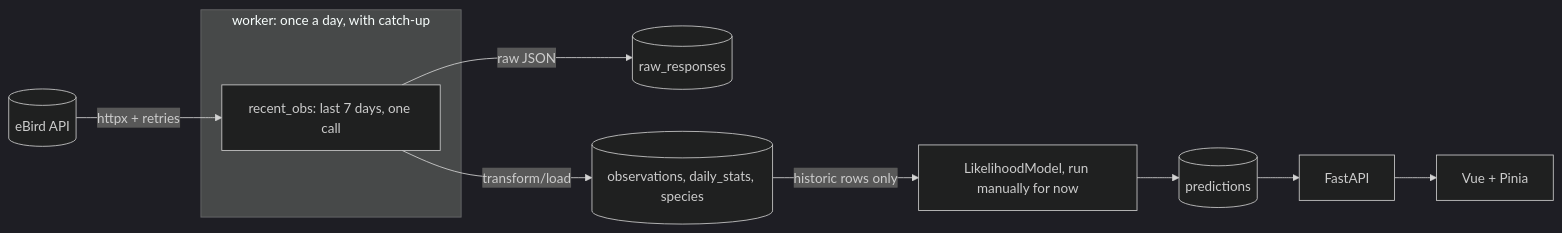
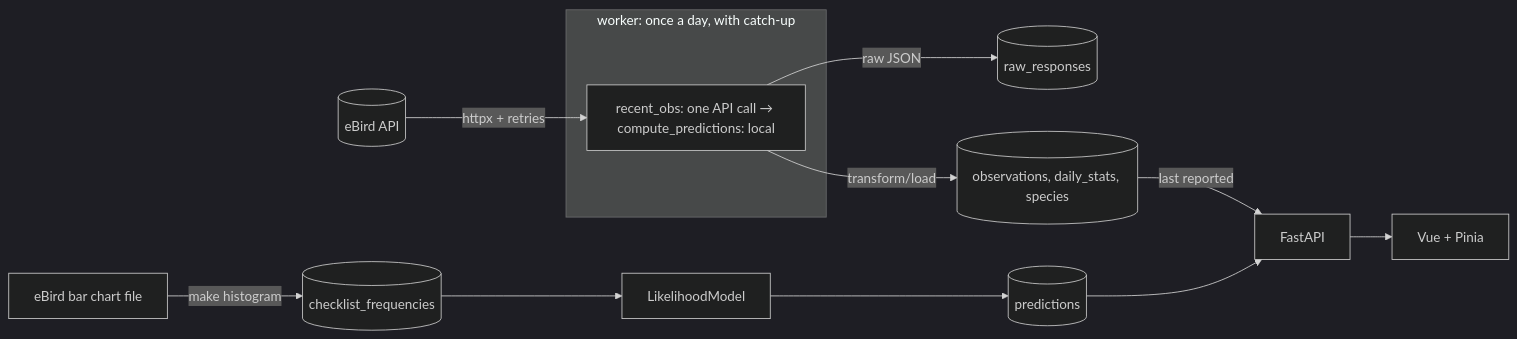
The diagram in README.md (Eleanor-Shellstrop/field-odds), drawn with Mermaid (dark theme) before and after one commit. The commit also changed other lines of this file and 42 other files, not shown here.

First line of the commit message:
Use per-checklist frequencies and redact private locations

````diff
--- a/README.md
+++ b/README.md
@@ -17,13 +17,15 @@
 ```mermaid
 flowchart LR
     eBird[(eBird API)] -->|httpx + retries| Jobs
     subgraph worker [worker: once a day, with catch-up]
-        Jobs[recent_obs: last 7 days, one call]
+        Jobs[recent_obs: one API call → compute_predictions: local]
     end
     Jobs -->|raw JSON| Raw[(raw_responses)]
     Jobs -->|transform/load| Obs[(observations, daily_stats, species)]
-    Obs -->|historic rows only| Model[LikelihoodModel, run manually for now]
+    Hist[eBird bar chart file] -->|make histogram| Freq[(checklist_frequencies)]
+    Freq --> Model[LikelihoodModel]
+    Obs -->|last reported| API
     Model --> Pred[(predictions)]
     Pred --> API[FastAPI]
     API --> Web[Vue + Pinia]
 ```
````
